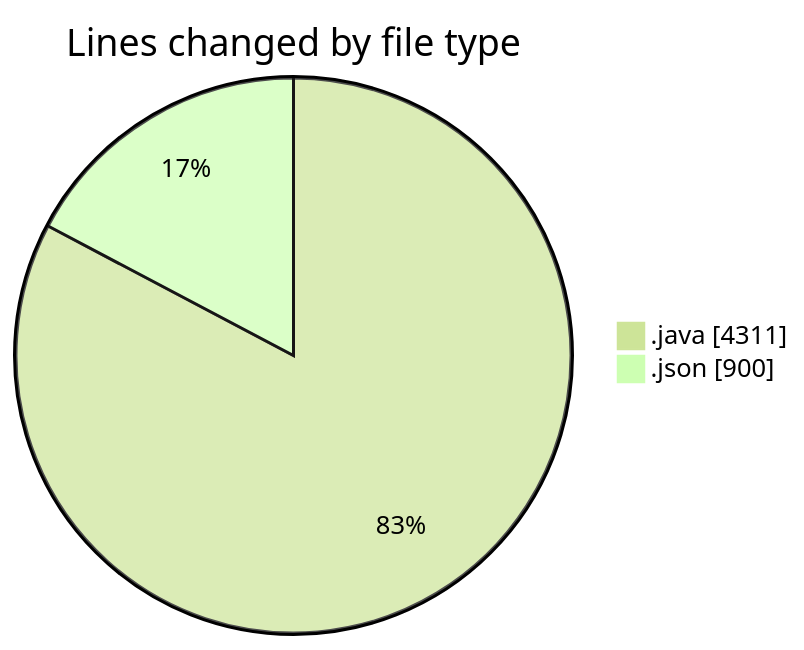
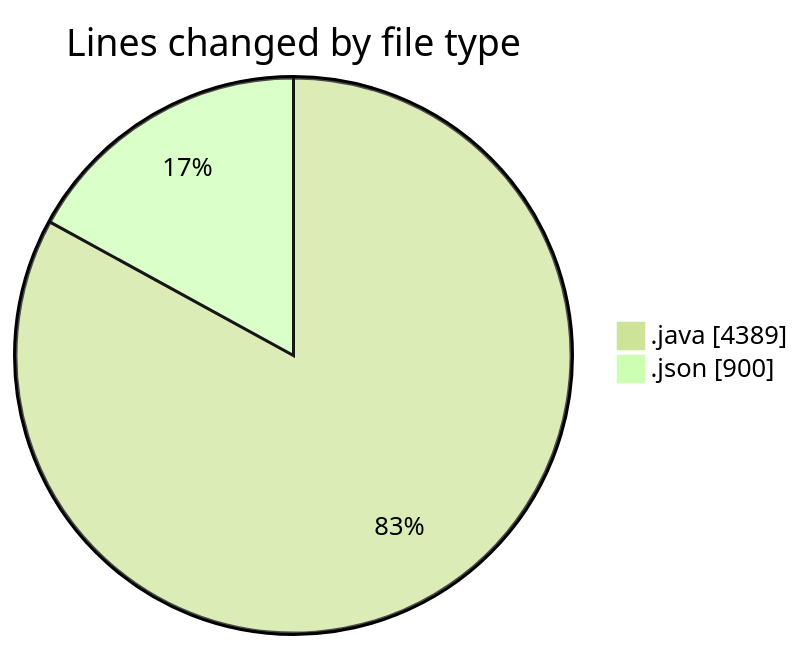
One commit to ricardozamudiocil/code-tracking changed the first of 2 diagrams in 2026-04-16/cilapp/README.md. Above: the diagram before and after it, drawn with Mermaid (forest theme). The commit also changed other lines of this file and 1 other file, not shown here.

````diff
--- a/2026-04-16/cilapp/README.md
+++ b/2026-04-16/cilapp/README.md
@@ -31,6 +31,6 @@
 ```mermaid
 pie showData
 title Lines changed by file type
-".java" : 4311
+".java" : 4389
 ".json" : 900
 ```
````
